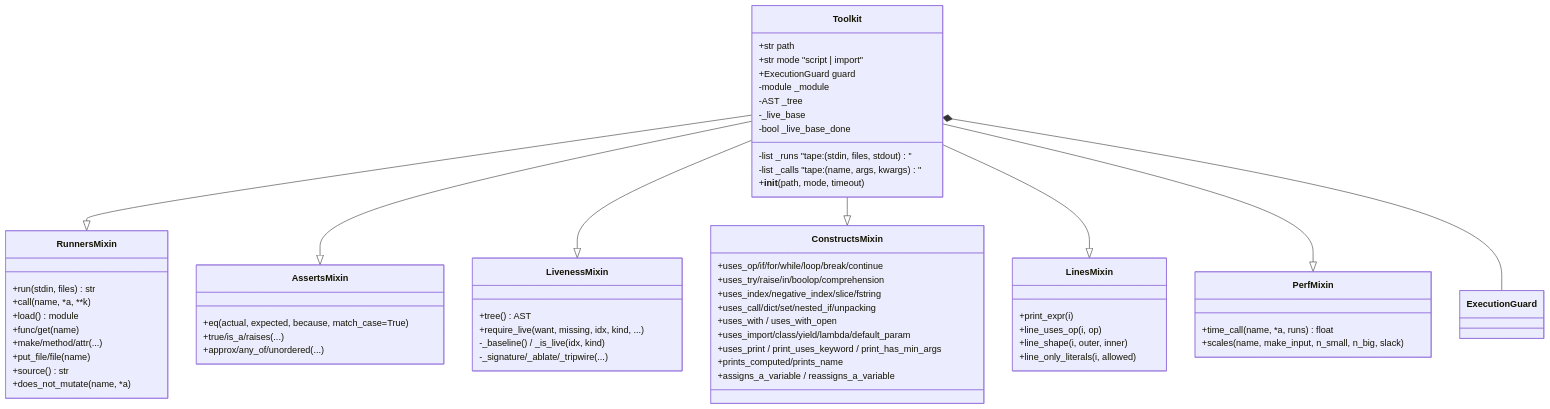
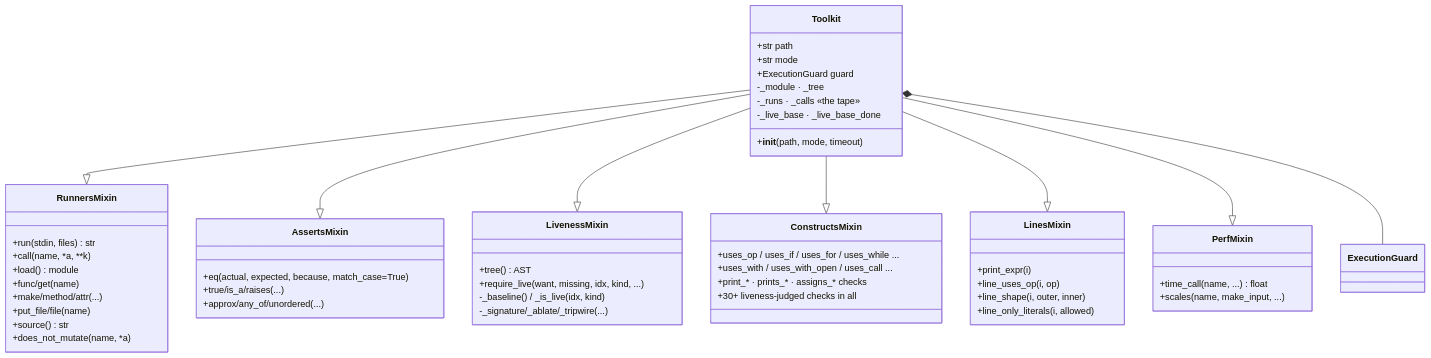
Before and after one commit to N041M/PyQuest: the second of 7 diagrams in docs/architecture/toolkit.md, drawn with Mermaid. The commit also changed other lines of this file and 5 other files, not shown here.

First line of the commit message:
Polish architecture diagrams; add puzzle-consumption view

````diff
--- a/docs/architecture/toolkit.md
+++ b/docs/architecture/toolkit.md
@@ -36,64 +29,56 @@
 ```mermaid
 classDiagram
     class Toolkit {
         +str path
-        +str mode  "script | import"
+        +str mode
         +ExecutionGuard guard
-        -module _module
-        -AST _tree
-        -list _runs   "tape: (stdin, files, stdout)"
-        -list _calls  "tape: (name, args, kwargs)"
-        -_live_base
-        -bool _live_base_done
+        -_module · _tree
+        -_runs · _calls «the tape»
+        -_live_base · _live_base_done
         +__init__(path, mode, timeout)
     }
     class RunnersMixin {
         +run(stdin, files) str
         +call(name, *a, **k)
         +load() module
         +func/get(name)
         +make/method/attr(...)
         +put_file/file(name)
         +source() str
         +does_not_mutate(name, *a)
     }
     class AssertsMixin {
         +eq(actual, expected, because, match_case=True)
         +true/is_a/raises(...)
         +approx/any_of/unordered(...)
     }
     class LivenessMixin {
         +tree() AST
         +require_live(want, missing, idx, kind, ...)
         -_baseline() / _is_live(idx, kind)
         -_signature/_ablate/_tripwire(...)
     }
     class ConstructsMixin {
-        +uses_op/if/for/while/loop/break/continue
-        +uses_try/raise/in/boolop/comprehension
-        +uses_index/negative_index/slice/fstring
-        +uses_call/dict/set/nested_if/unpacking
-        +uses_with / uses_with_open
-        +uses_import/class/yield/lambda/default_param
-        +uses_print / print_uses_keyword / print_has_min_args
-        +prints_computed/prints_name
-        +assigns_a_variable / reassigns_a_variable
+        +uses_op / uses_if / uses_for / uses_while ...
+        +uses_with / uses_with_open / uses_call ...
+        +print_* · prints_* · assigns_* checks
+        +30+ liveness-judged checks in all
     }
     class LinesMixin {
         +print_expr(i)
         +line_uses_op(i, op)
         +line_shape(i, outer, inner)
         +line_only_literals(i, allowed)
     }
     class PerfMixin {
-        +time_call(name, *a, runs) float
-        +scales(name, make_input, n_small, n_big, slack)
+        +time_call(name, ...) float
+        +scales(name, make_input, ...)
     }
     Toolkit --|> RunnersMixin
     Toolkit --|> AssertsMixin
     Toolkit --|> LivenessMixin
     Toolkit --|> ConstructsMixin
     Toolkit --|> LinesMixin
     Toolkit --|> PerfMixin
     Toolkit *-- ExecutionGuard
 ```
````
